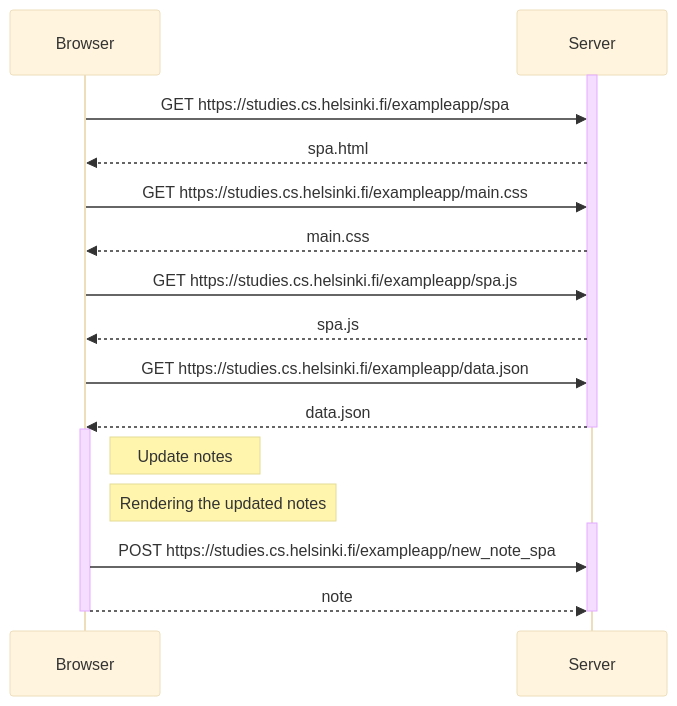
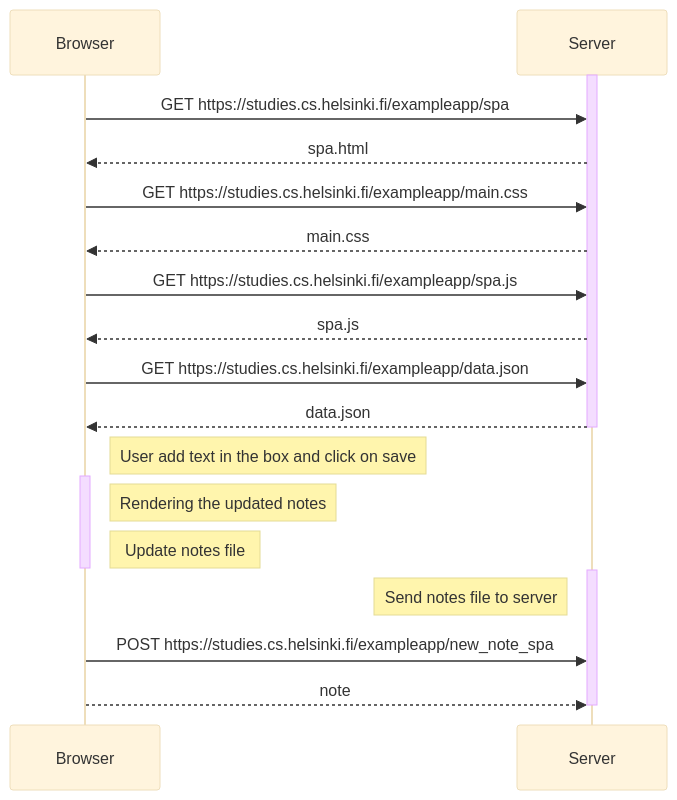
Before and after one commit to omgmvi/fullstackopen2023: the diagram in part0/0.6/newnote.md, drawn with Mermaid (base theme). The commit also changed other lines of this file, not shown here.

Commit message:
Update newnote.md
Review of the understanding on the server side

````diff
--- a/part0/0.6/newnote.md
+++ b/part0/0.6/newnote.md
@@ -9,23 +10,30 @@
 ```mermaid
 sequenceDiagram
 participant B as Browser
 participant S as Server
 activate S
 B->>S: GET https://studies.cs.helsinki.fi/exampleapp/spa
 S-->>B: spa.html
 B->>S: GET https://studies.cs.helsinki.fi/exampleapp/main.css
 S-->>B: main.css
 B->>S: GET https://studies.cs.helsinki.fi/exampleapp/spa.js
 S-->>B: spa.js
 B->>S: GET https://studies.cs.helsinki.fi/exampleapp/data.json
 S-->>B: data.json
 deactivate S
+
+
+Note right of B: User add text in the box and click on save
+
 activate B
-Note right of B : Update notes
 Note right of B: Rendering the updated notes
+Note right of B : Update notes file
+deactivate B
+
 activate S
+Note left of S : Send notes file to server
 B->>S: POST  https://studies.cs.helsinki.fi/exampleapp/new_note_spa
 B-->>S: note
-deactivate B
+
 deactivate S
 ```
````
